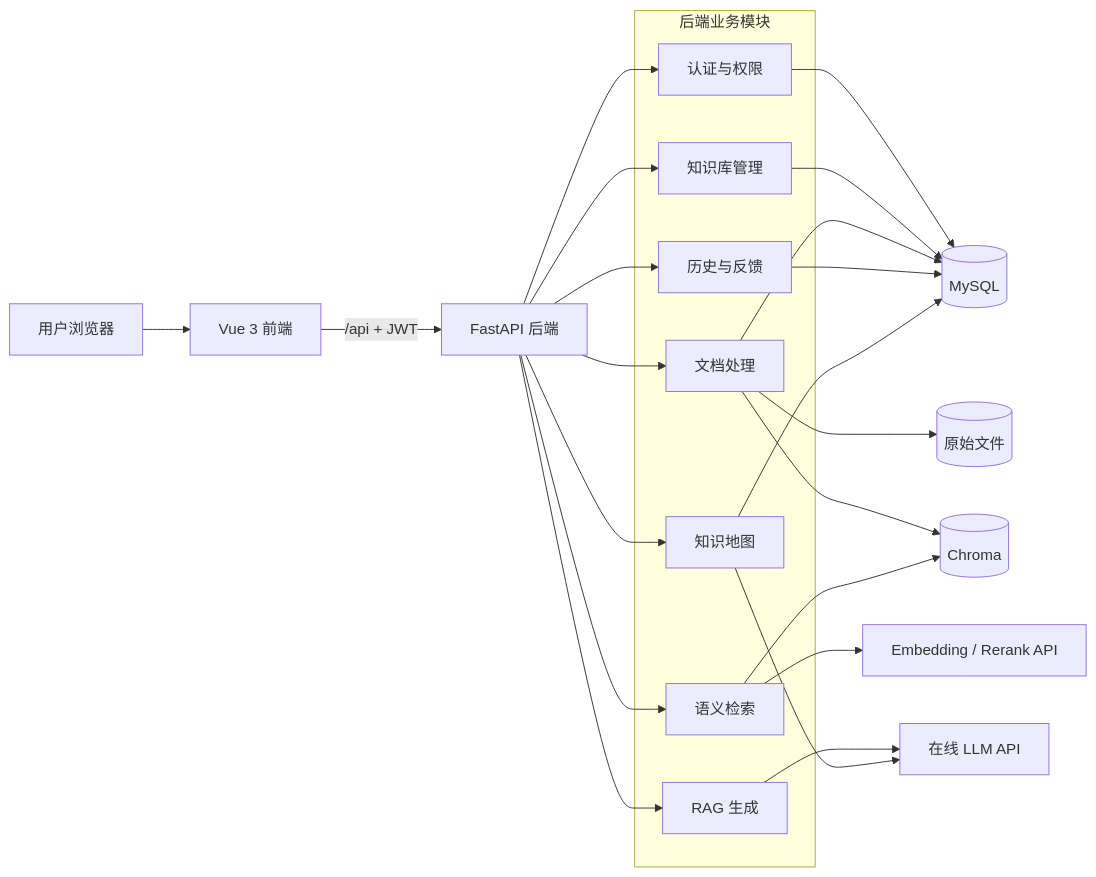
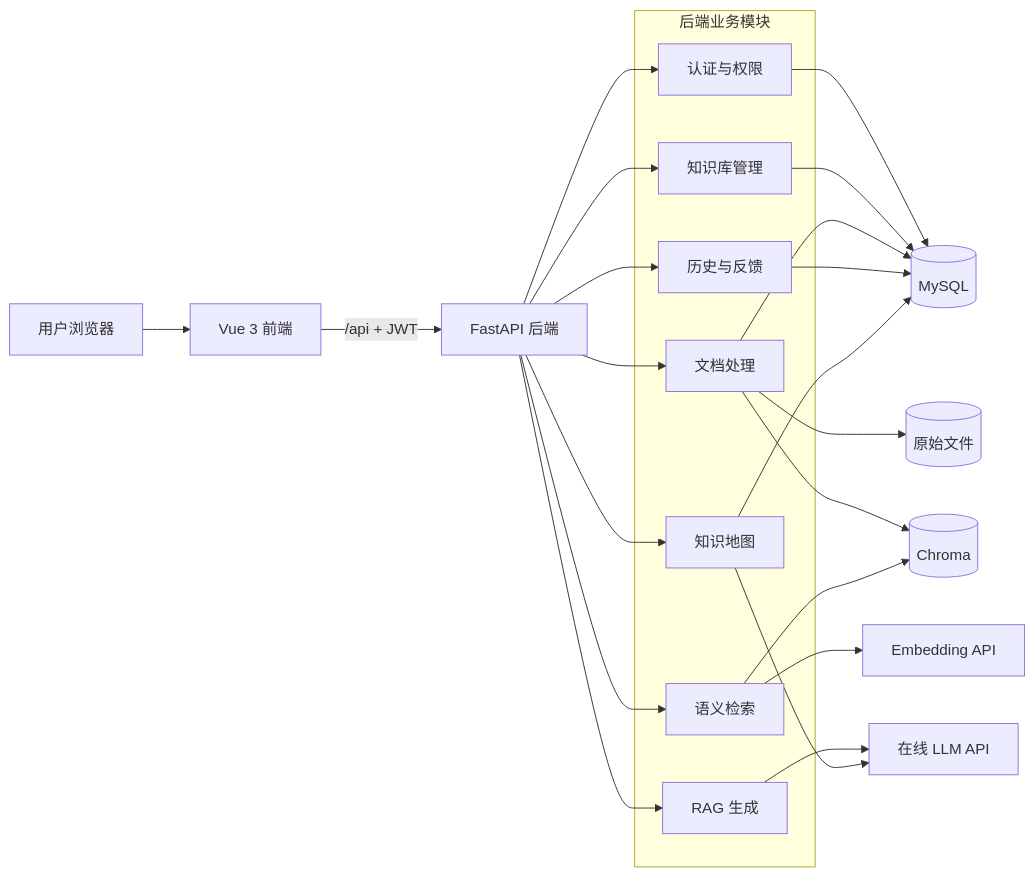
Before and after one commit to Star23666/CodeMind: the first of 5 diagrams in docs/wiki/Home.md, drawn with Mermaid. The commit also changed other lines of this file and 48 other files, not shown here.

````diff
--- a/docs/wiki/Home.md
+++ b/docs/wiki/Home.md
@@ -54,35 +54,35 @@
 ```mermaid
 flowchart LR
     U["用户浏览器"] --> F["Vue 3 前端"]
     F -->|"/api + JWT"| B["FastAPI 后端"]
 
     subgraph Backend["后端业务模块"]
         A["认证与权限"]
         K["知识库管理"]
         D["文档处理"]
         R["语义检索"]
         G["RAG 生成"]
         MM["知识地图"]
         H["历史与反馈"]
     end
 
     B --> A
     B --> K
     B --> D
     B --> R
     B --> G
     B --> MM
     B --> H
 
     A --> M[("MySQL")]
     K --> M
     D --> M
     H --> M
     D --> S[("原始文件")]
     D --> C[("Chroma")]
     R --> C
-    R --> E["Embedding / Rerank API"]
+    R --> E["Embedding API"]
     G --> L["在线 LLM API"]
     MM --> L
     MM --> M
 ```
````
